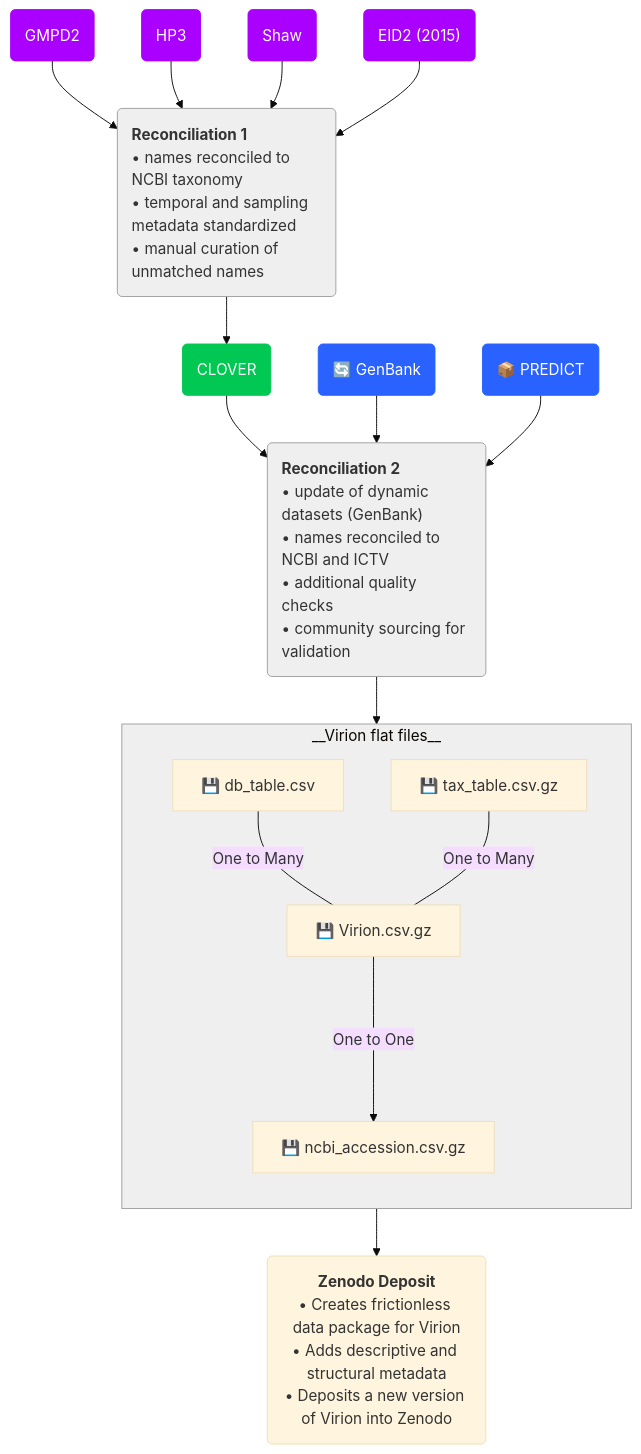
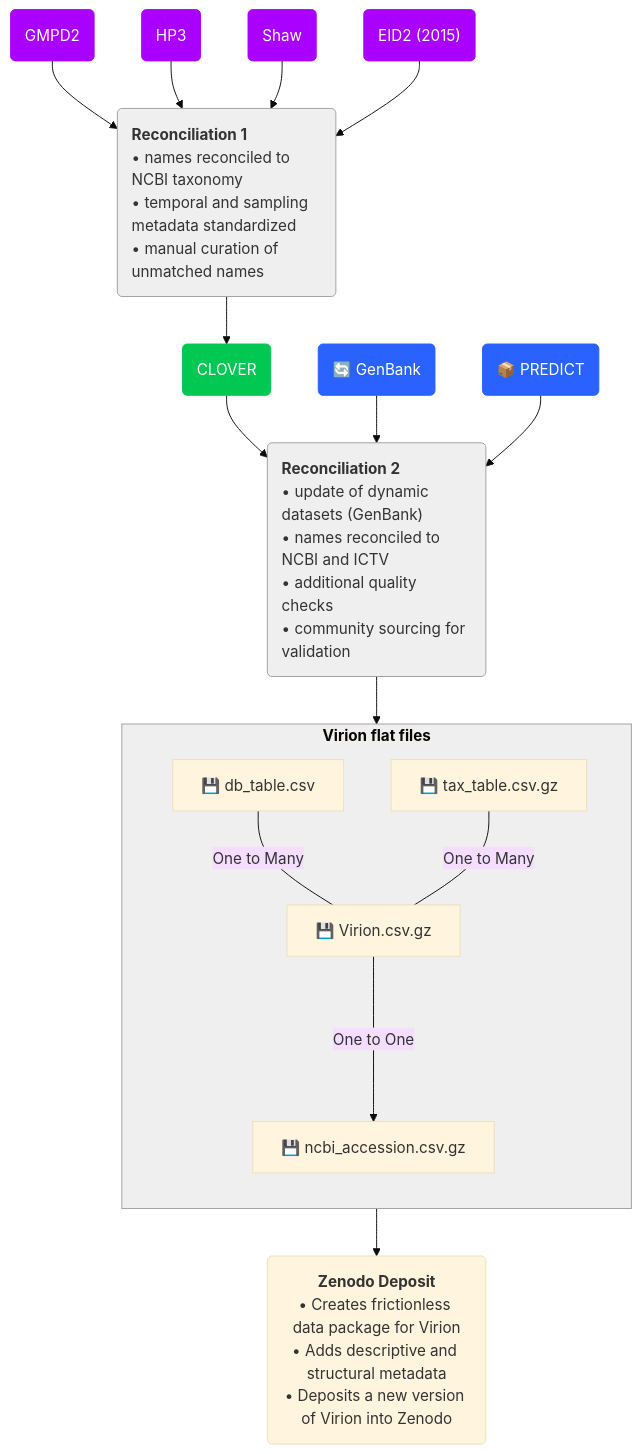
One commit to viralemergence/virion changed the diagram in README.md. Above: the diagram before and after it, drawn with Mermaid (base theme).

Commit message:
adding more backticks

````diff
--- a/README.md
+++ b/README.md
@@ -63,81 +63,81 @@
 ```mermaid
 flowchart TB
 
 %% Nodes
     GMPD2("GMPD2")
     HP3("HP3")
     Shaw("Shaw")
     EID2("EID2 (2015)")
 
     RECON1("`
 __Reconciliation 1__
 • names reconciled to NCBI taxonomy
 • temporal and sampling metadata standardized
 • manual curation of unmatched names
 `")
 
     style RECON1 text-align:left, fill:#efefef, stroke:#a0a0a0;
     style RECON2 text-align:left, fill:#efefef, stroke:#a0a0a0;
 
     CLOVER("CLOVER")
 
     GenBank("🔄 GenBank")
 
     PREDICT("📦 PREDICT")
 
     RECON2("`__Reconciliation 2__
 • update of dynamic datasets (GenBank)
 • names reconciled to NCBI and ICTV
 • additional quality checks
 • community sourcing for validation
 `")
 
 
-    subgraph virion[__Virion flat files__]
+    subgraph virion["`__Virion flat files__`"]
         Virion["💾 Virion.csv.gz"]
         db_table["💾 db_table.csv"]
         tax_table["💾 tax_table.csv.gz"]
         ncbi_accession["💾 ncbi_accession.csv.gz"]
         direction TB
         db_table --"One to Many"--- Virion
         tax_table --"One to Many"--- Virion
         Virion --"One to One"---> ncbi_accession
     end
 
     style virion stroke:#a0a0a0, fill:#efefef;
 
     ZenodoDeposit("`
 __Zenodo Deposit__
 • Creates frictionless data package for Virion
 • Adds descriptive and structural metadata
 • Deposits a new version of Virion into Zenodo
 `")
 
 %% Edge connections between nodes
     GMPD2 --> RECON1;
     HP3 --> RECON1;
     Shaw --> RECON1;
     EID2 --> RECON1;
     RECON1 --> CLOVER;
 
     CLOVER --> RECON2;
     GenBank --> RECON2;
     PREDICT --> RECON2;
 
     RECON2 --> virion;
 
     virion --> ZenodoDeposit;
 
 %% Individual node styling. Try the visual editor toolbar for easier styling!
     style GMPD2 color:#FFFFFF, fill:#AA00FF, stroke:#AA00FF
     style HP3 color:#FFFFFF, fill:#AA00FF, stroke:#AA00FF
     style Shaw color:#FFFFFF, fill:#AA00FF, stroke:#AA00FF
     style EID2 color:#FFFFFF, fill:#AA00FF, stroke:#AA00FF
 
     style CLOVER color:#FFFFFF, stroke:#00C853, fill:#00C853
 
     style GenBank color:#FFFFFF, stroke:#2962FF, fill:#2962FF
     style PREDICT color:#FFFFFF, stroke:#2962FF, fill:#2962FF
 
 %% You can add notes with two "%" signs in a row!
 ```
````
